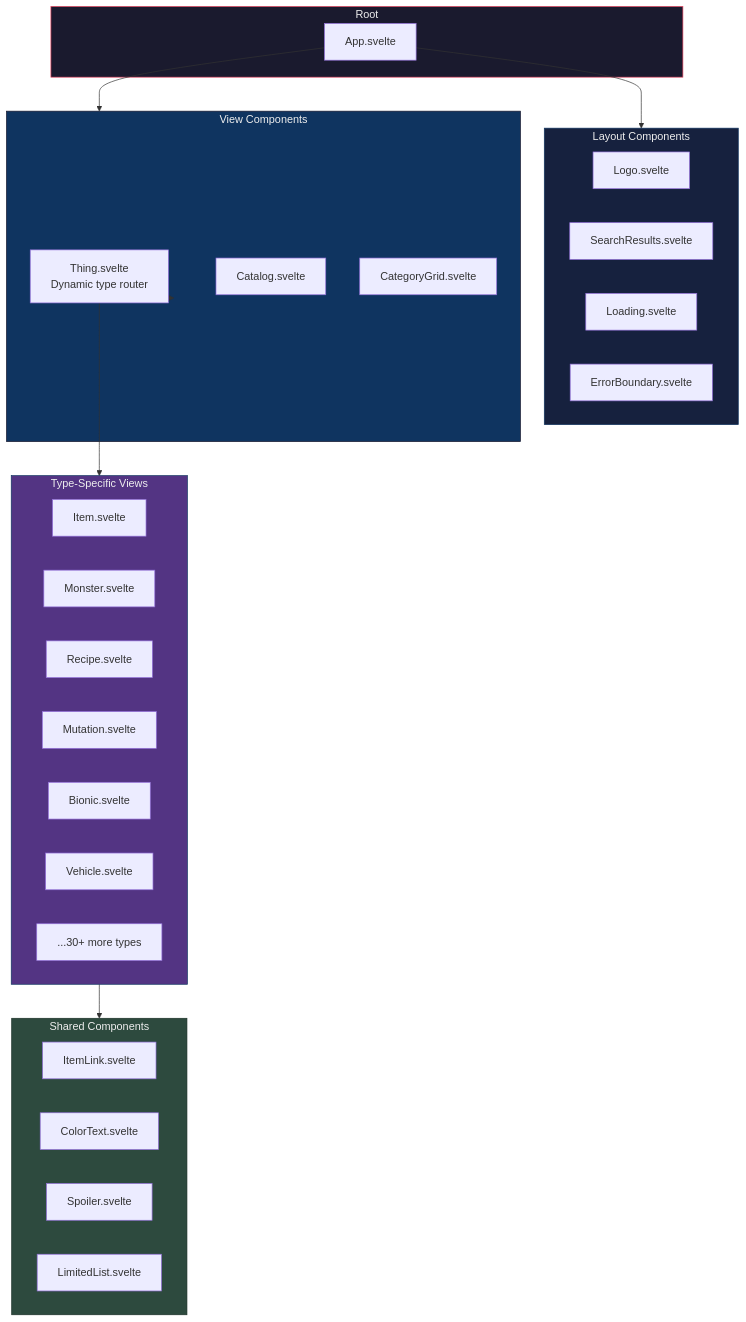
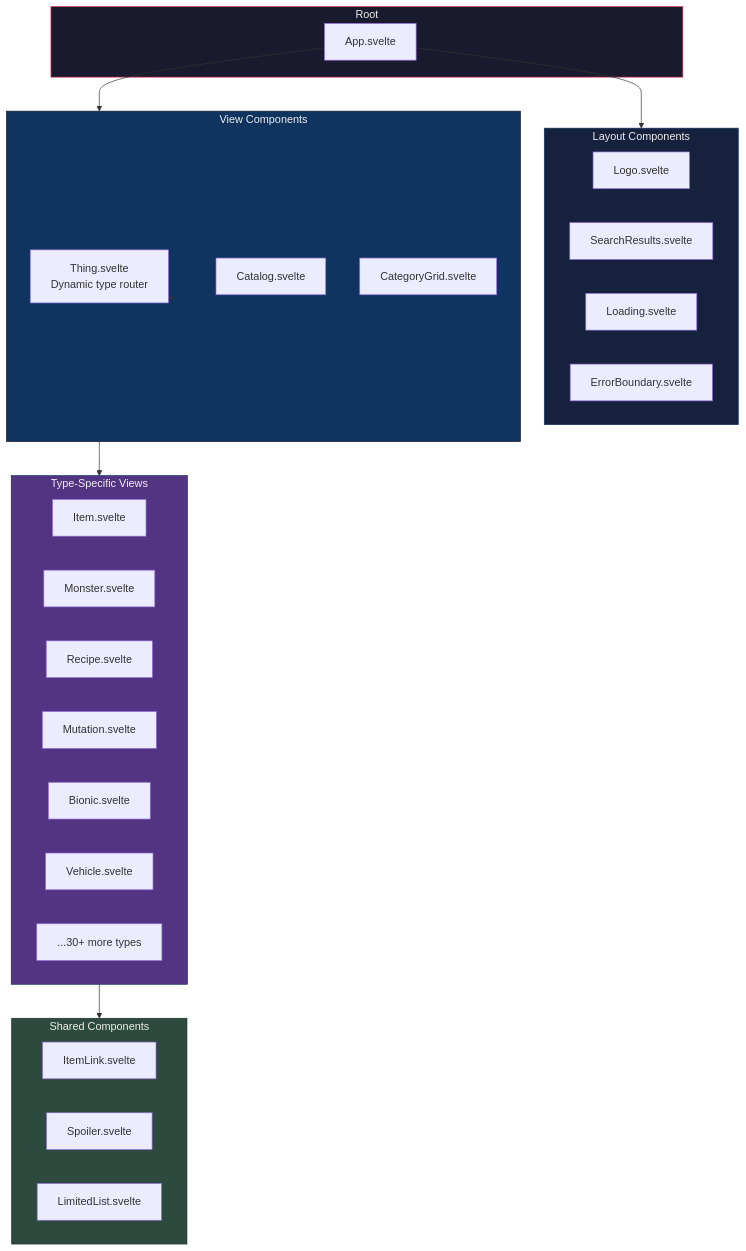
One commit to ushkinaz/cbn-guide changed the fifth of 9 diagrams in docs/architecture.md. Above: the diagram before and after it, drawn with Mermaid. The commit also changed other lines of this file and 7 other files, not shown here.

````diff
--- a/docs/architecture.md
+++ b/docs/architecture.md
@@ -124,48 +124,47 @@
 ```mermaid
 flowchart TB
     subgraph Root["Root"]
         App[App.svelte]
     end
 
     subgraph Layout["Layout Components"]
         Logo[Logo.svelte]
         Search[SearchResults.svelte]
         Loading[Loading.svelte]
         Error[ErrorBoundary.svelte]
     end
 
     subgraph Views["View Components"]
         Thing[Thing.svelte<br/>Dynamic type router]
         Catalog[Catalog.svelte]
         CategoryGrid[CategoryGrid.svelte]
     end
 
     subgraph Types["Type-Specific Views"]
         Item[Item.svelte]
         Monster[Monster.svelte]
         Recipe[Recipe.svelte]
         Mutation[Mutation.svelte]
         Bionic[Bionic.svelte]
         Vehicle[Vehicle.svelte]
         More[...30+ more types]
     end
 
     subgraph Shared["Shared Components"]
         ItemLink[ItemLink.svelte]
-        ColorText[ColorText.svelte]
         Spoiler[Spoiler.svelte]
         LimitedList[LimitedList.svelte]
     end
 
     App --> Layout
     App --> Views
     Views --> Thing
     Thing --> Types
     Types --> Shared
 
     style Root fill:#1a1a2e,stroke:#e94560,color:#eee
     style Layout fill:#16213e,stroke:#0f3460,color:#eee
     style Views fill:#0f3460,stroke:#1a1a2e,color:#eee
     style Types fill:#533483,stroke:#0f3460,color:#eee
     style Shared fill:#2d4a3e,stroke:#1a2f26,color:#eee
 ```
````
